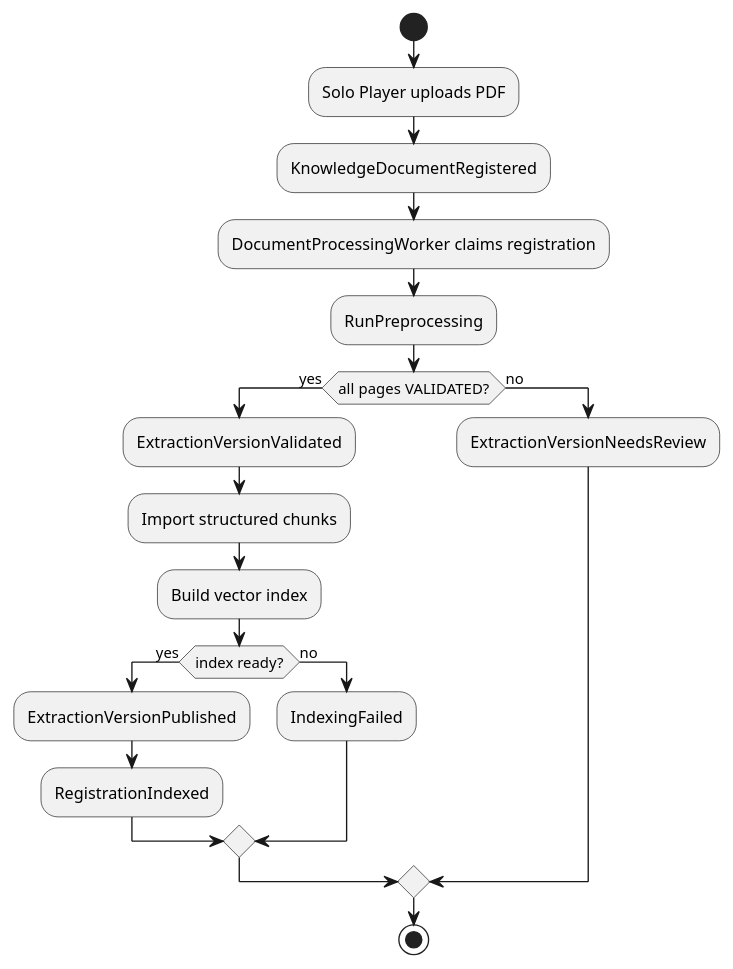
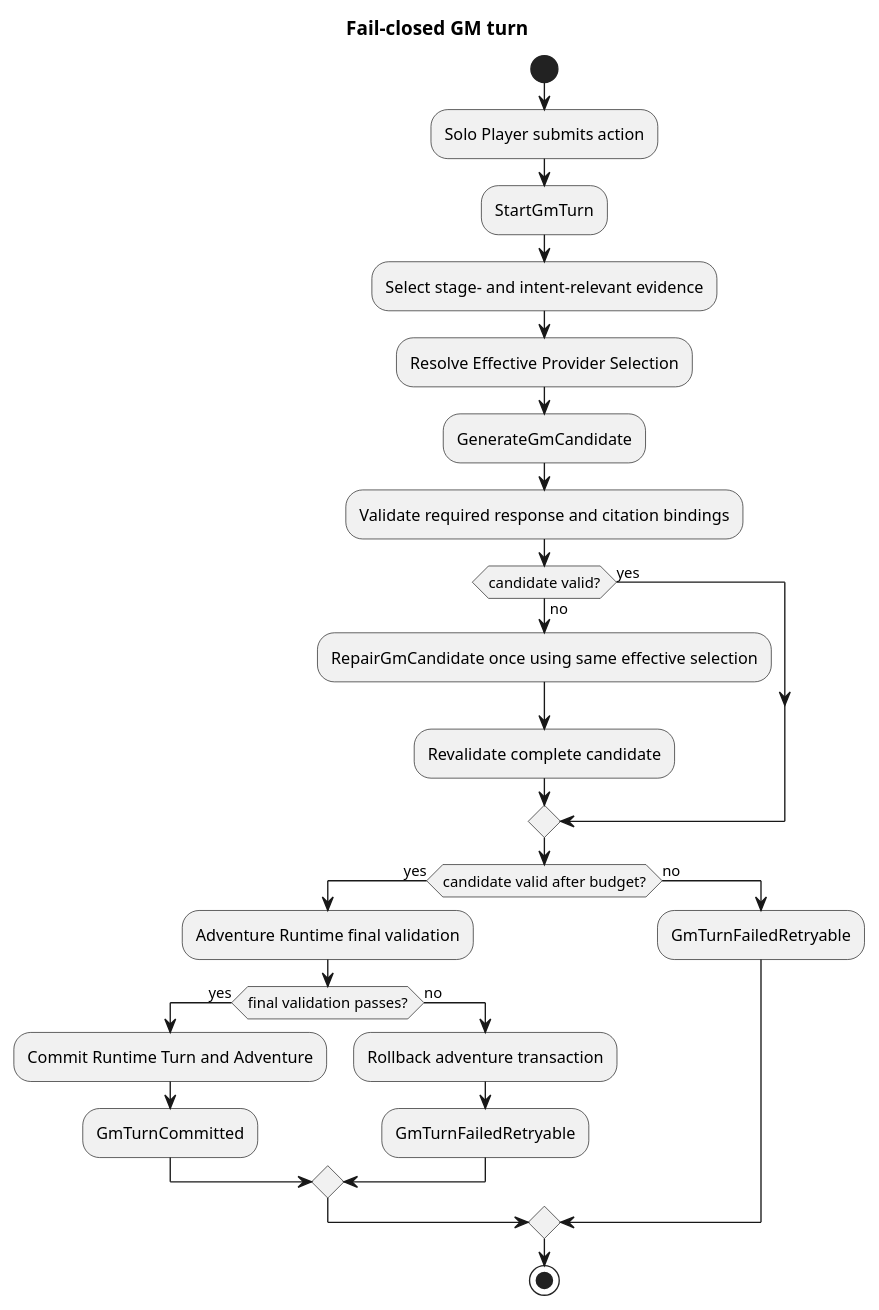
One commit to omegafrog/dnd-master changed the second of 4 diagrams in docs/specs/architecture-spec.md. Above: the diagram before and after it, drawn with PlantUML. The commit also changed other lines of this file and 1 other file, not shown here.

Commit message:
docs: specify grounded combat and fail-closed GM quality

````diff
--- a/docs/specs/architecture-spec.md
+++ b/docs/specs/architecture-spec.md
@@ -21,23 +81,30 @@
 ```plantuml
 @startuml
+title Fail-closed GM turn
 start
-:Solo Player uploads PDF;
-:KnowledgeDocumentRegistered;
-:DocumentProcessingWorker claims registration;
-:RunPreprocessing;
-if (all pages VALIDATED?) then (yes)
-  :ExtractionVersionValidated;
-  :Import structured chunks;
-  :Build vector index;
-  if (index ready?) then (yes)
-    :ExtractionVersionPublished;
-    :RegistrationIndexed;
+:Solo Player submits action;
+:StartGmTurn;
+:Select stage- and intent-relevant evidence;
+:Resolve Effective Provider Selection;
+:GenerateGmCandidate;
+:Validate required response and citation bindings;
+if (candidate valid?) then (yes)
+else (no)
+  :RepairGmCandidate once using same effective selection;
+  :Revalidate complete candidate;
+endif
+if (candidate valid after budget?) then (yes)
+  :Adventure Runtime final validation;
+  if (final validation passes?) then (yes)
+    :Commit Runtime Turn and Adventure;
+    :GmTurnCommitted;
   else (no)
-    :IndexingFailed;
+    :Rollback adventure transaction;
+    :GmTurnFailedRetryable;
   endif
 else (no)
-  :ExtractionVersionNeedsReview;
+  :GmTurnFailedRetryable;
 endif
 stop
 @enduml
 ```
````
